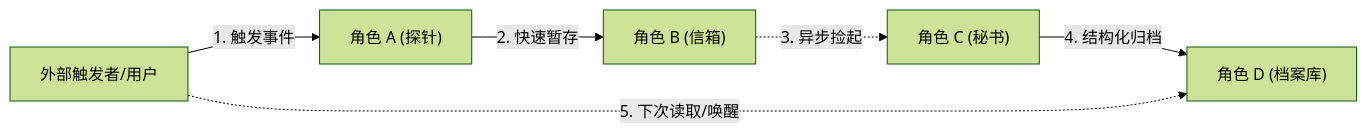
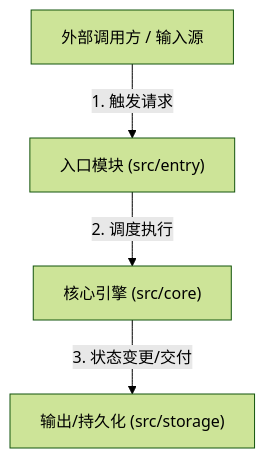
One commit to Asstar-X/repo-mentor changed the diagram in templates/ARCHITECTURE.md. Above: the diagram before and after it, drawn with Mermaid (forest theme). The commit also changed other lines of this file and 18 other files, not shown here.

````diff
--- a/templates/ARCHITECTURE.md
+++ b/templates/ARCHITECTURE.md
@@ -49,8 +58,6 @@
 ```mermaid
-graph LR
-    User["外部触发者/用户"] -->|"1. 触发事件"| ComponentA["角色 A (探针)"]
-    ComponentA -->|"2. 快速暂存"| ComponentB["角色 B (信箱)"]
-    ComponentB -.->|"3. 异步捡起"| ComponentC["角色 C (秘书)"]
-    ComponentC -->|"4. 结构化归档"| ComponentD["角色 D (档案库)"]
-    User -.->|"5. 下次读取/唤醒"| ComponentD
+graph TD
+    Client["外部调用方 / 输入源"] -->|"1. 触发请求"| Entry["入口模块 (src/entry)"]
+    Entry -->|"2. 调度执行"| CoreEngine["核心引擎 (src/core)"]
+    CoreEngine -->|"3. 状态变更/交付"| Sink["输出/持久化 (src/storage)"]
 ```
````
